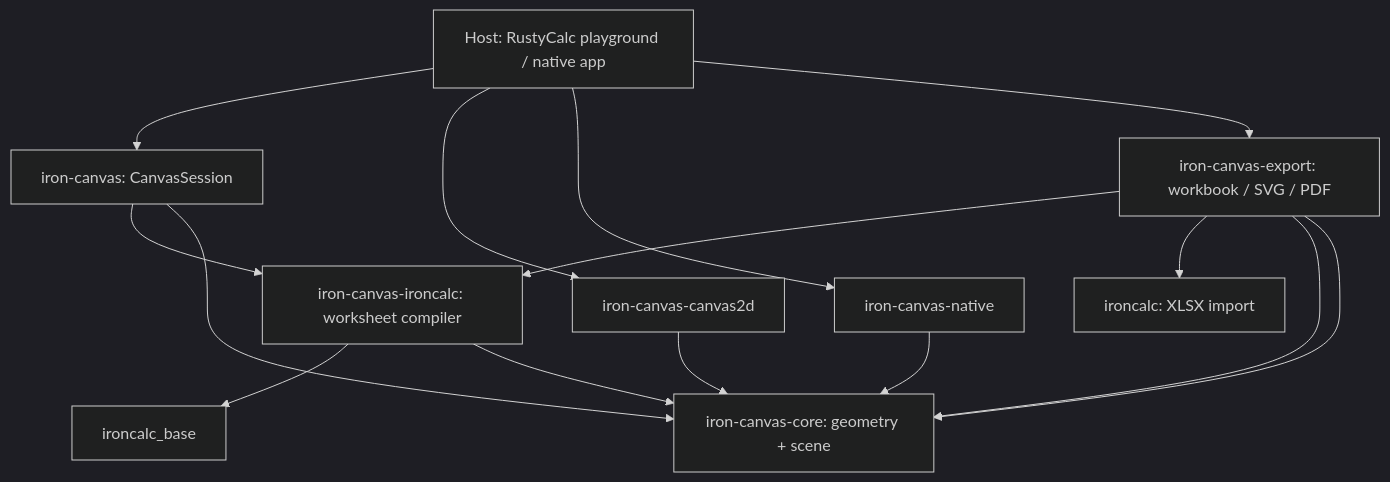
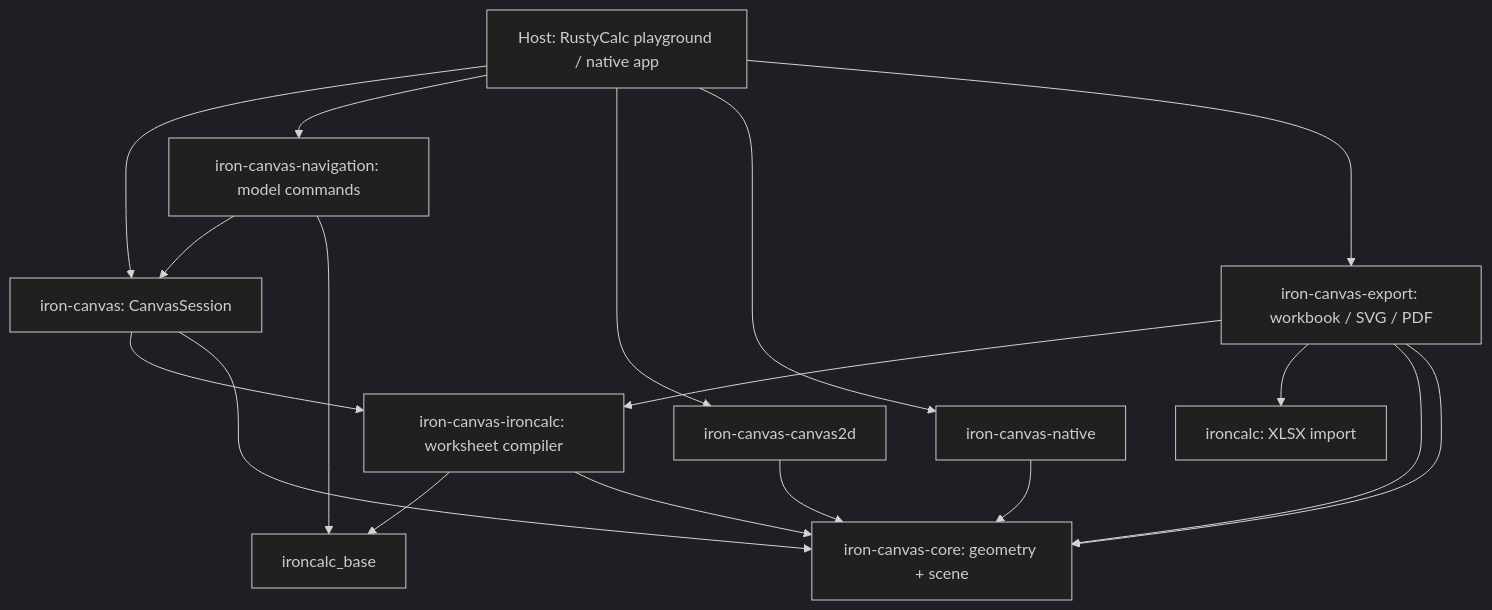
One commit to CoalUnicorn/iron-canvas changed the diagram in ARCHITECTURE.md. Above: the diagram before and after it, drawn with Mermaid (dark theme). The commit also changed other lines of this file and 8 other files, not shown here.

Commit message:
feat(navigation) share model commands and ordered queue with host demo

````diff
--- a/ARCHITECTURE.md
+++ b/ARCHITECTURE.md
@@ -29,17 +31,20 @@
 ```mermaid
 flowchart TD
     Host["Host: RustyCalc playground / native app"] --> API["iron-canvas: CanvasSession"]
+    Host --> Navigation["iron-canvas-navigation: model commands"]
+    Navigation --> API
+    Navigation --> Engine
     API --> IC["iron-canvas-ironcalc: worksheet compiler"]
     API --> Core["iron-canvas-core: geometry + scene"]
     IC --> Engine["ironcalc_base"]
     IC --> Core
     Export["iron-canvas-export: workbook / SVG / PDF"] --> IC
     Export --> Import["ironcalc: XLSX import"]
     Export --> Core
     Host --> C2D["iron-canvas-canvas2d"]
     Host --> Native["iron-canvas-native"]
     Host --> Export
     C2D --> Core
     Native --> Core
     Export --> Core
 ```
````
